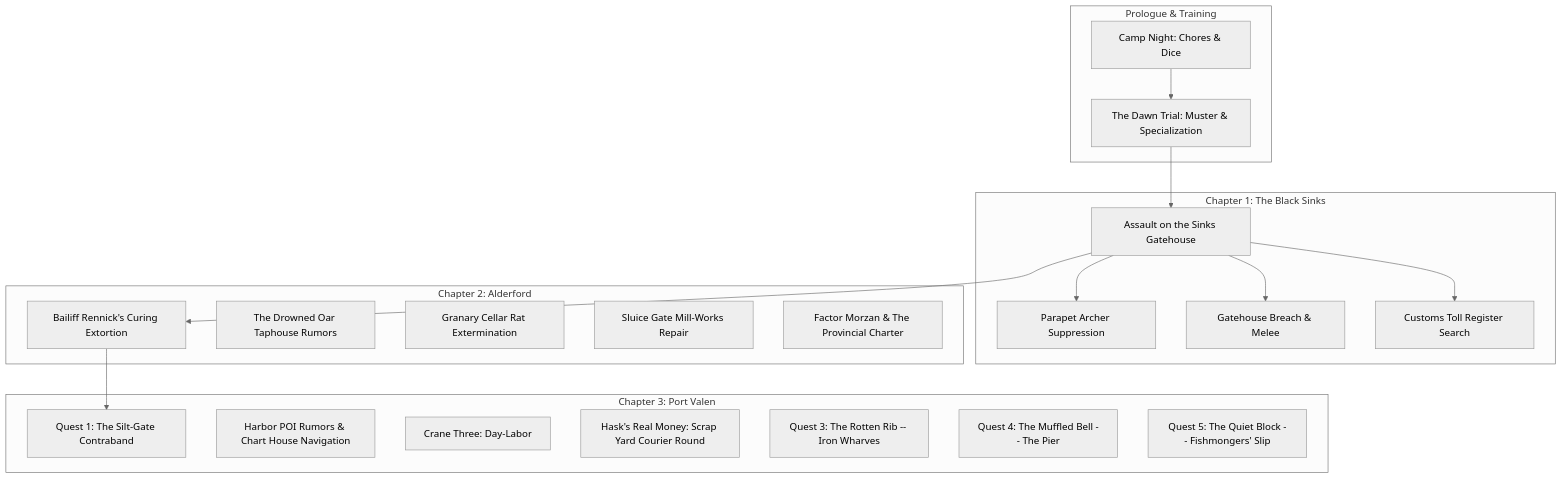
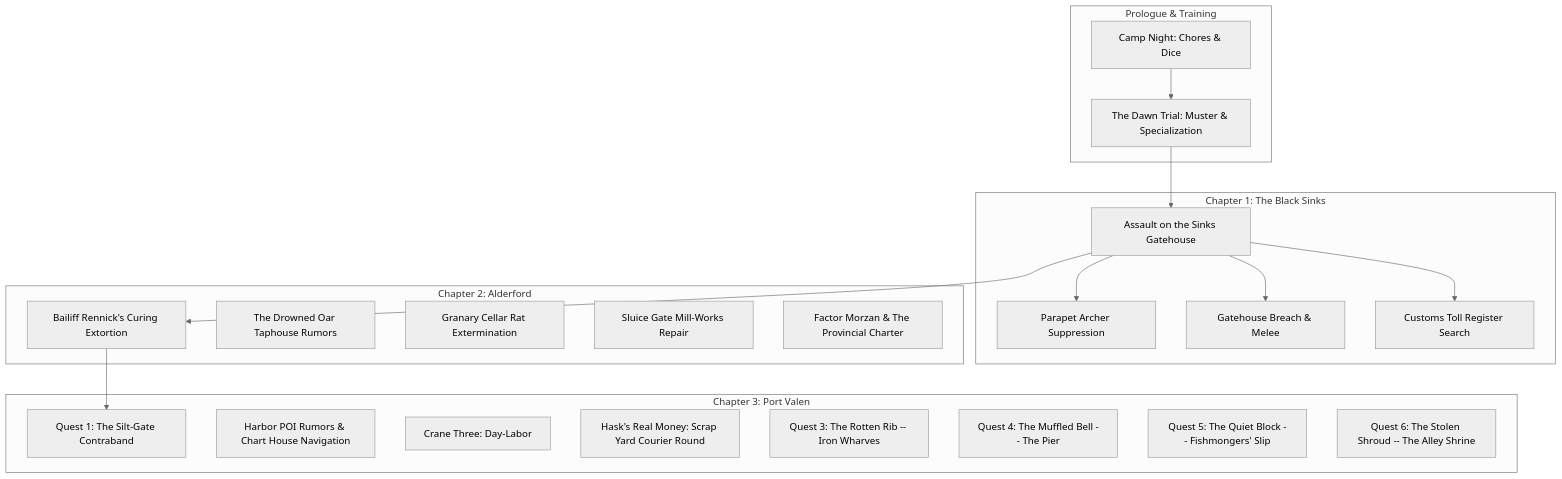
Before and after one commit to Kingskunk/A-Mercenaries-Life: the diagram in quest/QUESTS.md, drawn with Mermaid (neutral theme). The commit also changed other lines of this file and 22 other files, not shown here.

````diff
--- a/quest/QUESTS.md
+++ b/quest/QUESTS.md
@@ -25,35 +25,36 @@
 ```mermaid
 graph TD
     subgraph Prologue & Training
         Q0["Camp Night: Chores & Dice"] --> Q1["The Dawn Trial: Muster & Specialization"]
     end
 
     subgraph Chapter 1: The Black Sinks
         Q2["Assault on the Sinks Gatehouse"]
         Q2 --> Q2A["Parapet Archer Suppression"]
         Q2 --> Q2B["Gatehouse Breach & Melee"]
         Q2 --> Q2C["Customs Toll Register Search"]
     end
 
     subgraph Chapter 2: Alderford
         Q3["Bailiff Rennick's Curing Extortion"]
         Q4["The Drowned Oar Taphouse Rumors"]
         Q5["Granary Cellar Rat Extermination"]
         Q6["Sluice Gate Mill-Works Repair"]
         Q7["Factor Morzan & The Provincial Charter"]
     end
 
     subgraph Chapter 3: Port Valen
         Q8["Quest 1: The Silt-Gate Contraband"]
         Q9["Harbor POI Rumors & Chart House Navigation"]
         Q11["Crane Three: Day-Labor"]
         Q15["Hask's Real Money: Scrap Yard Courier Round"]
         Q12["Quest 3: The Rotten Rib -- Iron Wharves"]
         Q13["Quest 4: The Muffled Bell -- The Pier"]
         Q14["Quest 5: The Quiet Block -- Fishmongers' Slip"]
+        Q16["Quest 6: The Stolen Shroud -- The Alley Shrine"]
     end
 
     Q1 --> Q2
     Q2 --> Q3
     Q3 --> Q8
 ```
````
